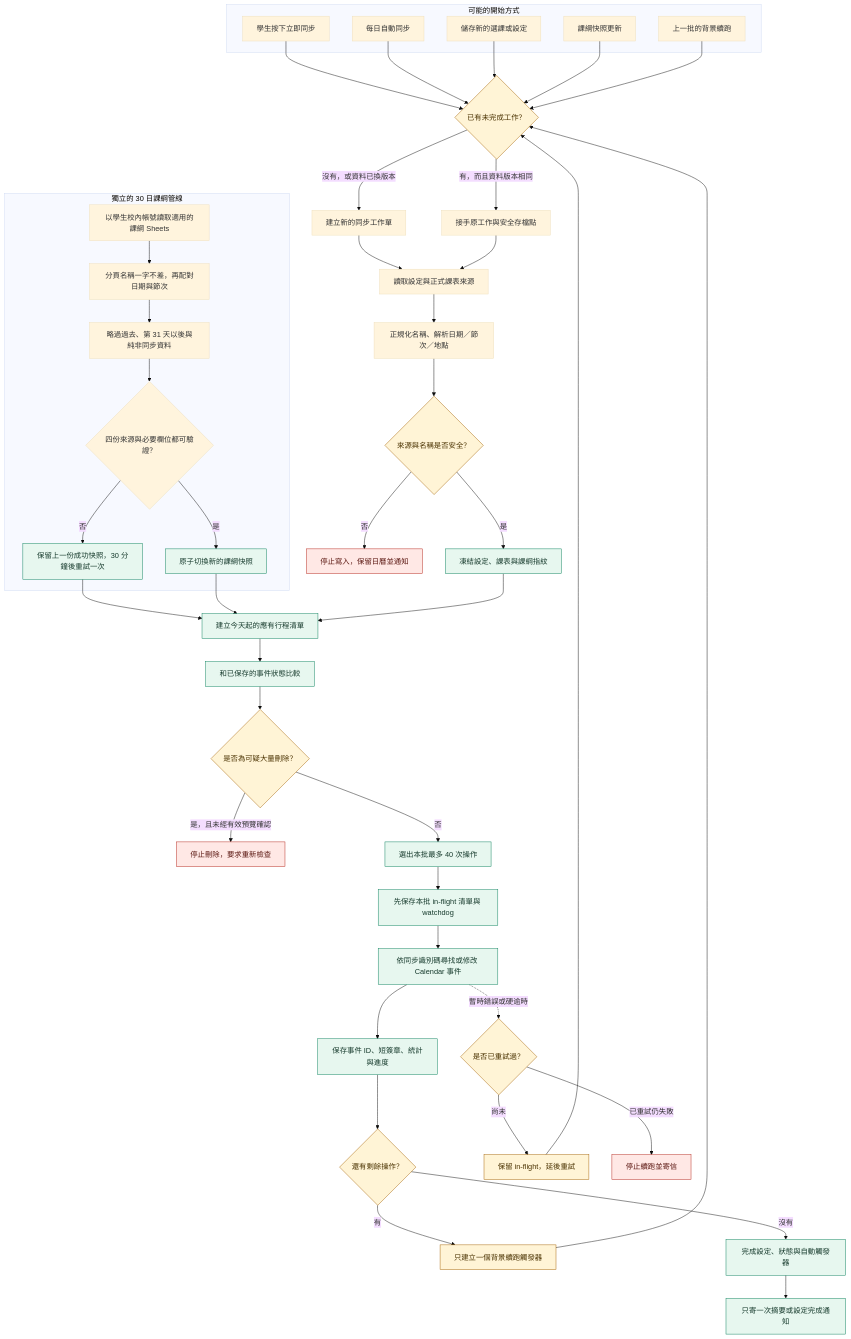
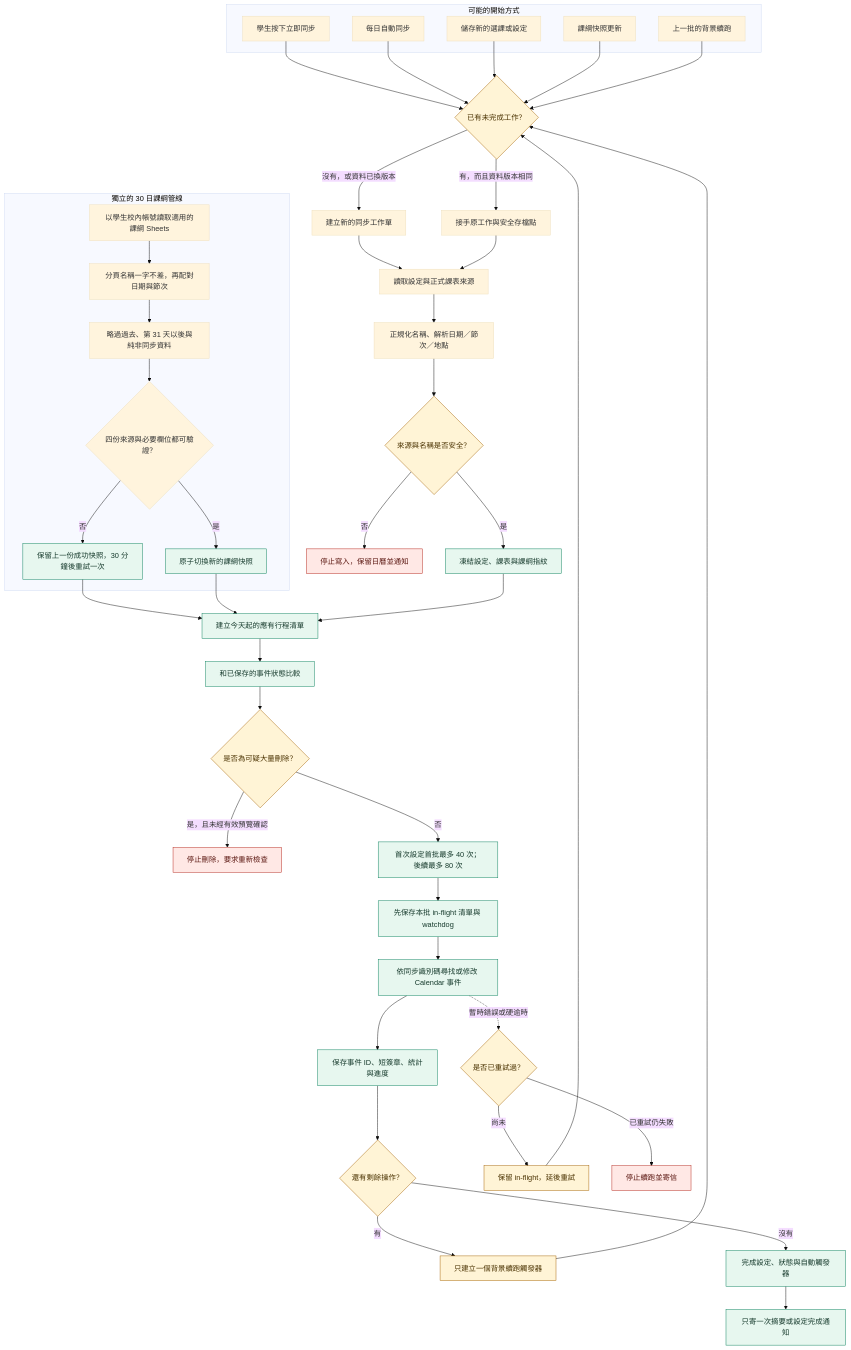
Before and after one commit to artemas-hsieh/t-school-schedule-sync: the diagram in SYNC_MECHANISM.md, drawn with Mermaid (base theme). The commit also changed other lines of this file and 134 other files, not shown here.

````diff
--- a/SYNC_MECHANISM.md
+++ b/SYNC_MECHANISM.md
@@ -35,66 +35,66 @@
 ```mermaid
 flowchart TB
   subgraph Start["可能的開始方式"]
     A1["學生按下立即同步"]
     A2["每日自動同步"]
     A3["儲存新的選課或設定"]
     A4["課綱快照更新"]
     A5["上一批的背景續跑"]
   end
 
   A1 --> B
   A2 --> B
   A3 --> B
   A4 --> B
   A5 --> B
 
   B{"已有未完成工作？"}
   B -- "有，而且資料版本相同" --> C["接手原工作與安全存檔點"]
   B -- "沒有，或資料已換版本" --> D["建立新的同步工作單"]
 
   D --> E["讀取設定與正式課表來源"]
   C --> E
   E --> F["正規化名稱、解析日期／節次／地點"]
   F --> G{"來源與名稱是否安全？"}
   G -- "否" --> X1["停止寫入，保留日曆並通知"]
   G -- "是" --> H["凍結設定、課表與課綱指紋"]
 
   subgraph Outline["獨立的 30 日課綱管線"]
     O1["以學生校內帳號讀取適用的課綱 Sheets"]
     O2["分頁名稱一字不差，再配對日期與節次"]
     O3["略過過去、第 31 天以後與純非同步資料"]
     O4{"四份來源與必要欄位都可驗證？"}
     O4 -- "否" --> O5["保留上一份成功快照，30 分鐘後重試一次"]
     O4 -- "是" --> O6["原子切換新的課綱快照"]
     O1 --> O2 --> O3 --> O4
   end
 
   O5 --> I
   O6 --> I
   H --> I["建立今天起的應有行程清單"]
   I --> J["和已保存的事件狀態比較"]
   J --> K{"是否為可疑大量刪除？"}
   K -- "是，且未經有效預覽確認" --> X2["停止刪除，要求重新檢查"]
-  K -- "否" --> L["選出本批最多 40 次操作"]
+  K -- "否" --> L["首次設定首批最多 40 次；後續最多 80 次"]
 
   L --> M["先保存本批 in-flight 清單與 watchdog"]
   M --> N["依同步識別碼尋找或修改 Calendar 事件"]
   N --> O["保存事件 ID、短簽章、統計與進度"]
   O --> P{"還有剩餘操作？"}
   P -- "有" --> Q["只建立一個背景續跑觸發器"]
   Q --> B
   P -- "沒有" --> R["完成設定、狀態與自動觸發器"]
   R --> S["只寄一次摘要或設定完成通知"]
 
   N -. "暫時錯誤或硬逾時" .-> T{"是否已重試過？"}
   T -- "尚未" --> U["保留 in-flight，延後重試"]
   U --> B
   T -- "已重試仍失敗" --> X3["停止續跑並寄信"]
 
   classDef safe fill:#e7f7ef,stroke:#087f5b,color:#173b2d;
   classDef caution fill:#fff4d6,stroke:#a46200,color:#4a3200;
   classDef stop fill:#ffe8e5,stroke:#b42318,color:#5b1711;
   class H,I,J,L,M,N,O,R,S,O5,O6 safe;
   class B,G,K,P,T,Q,U caution;
   class X1,X2,X3 stop;
 ```
````
